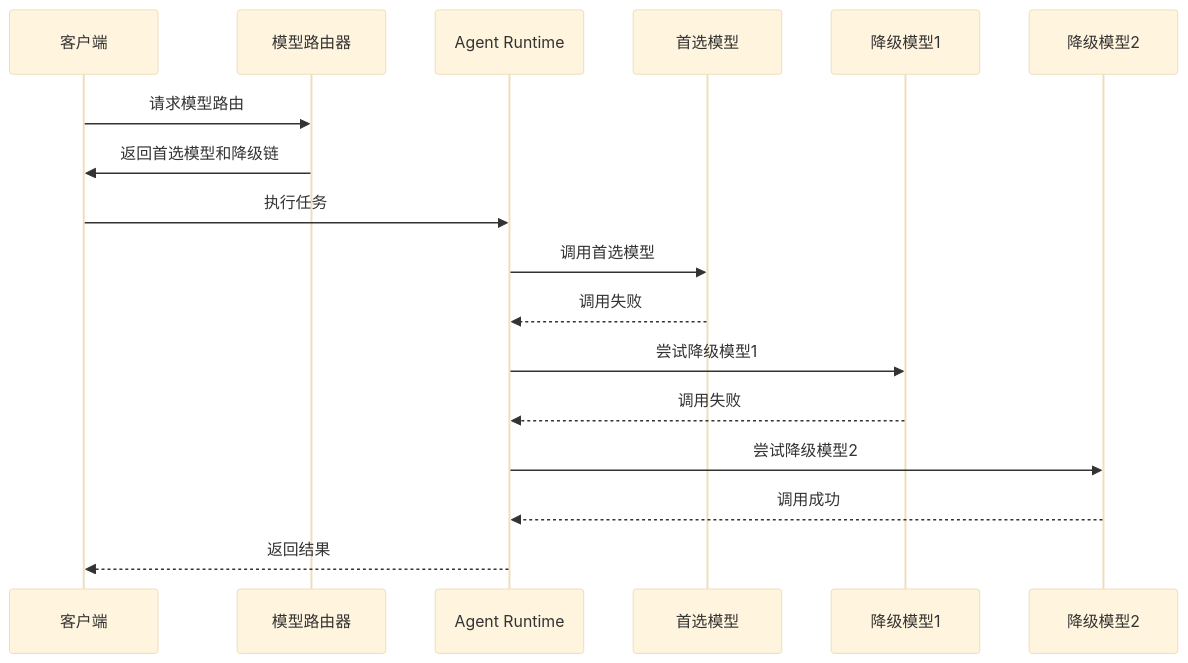
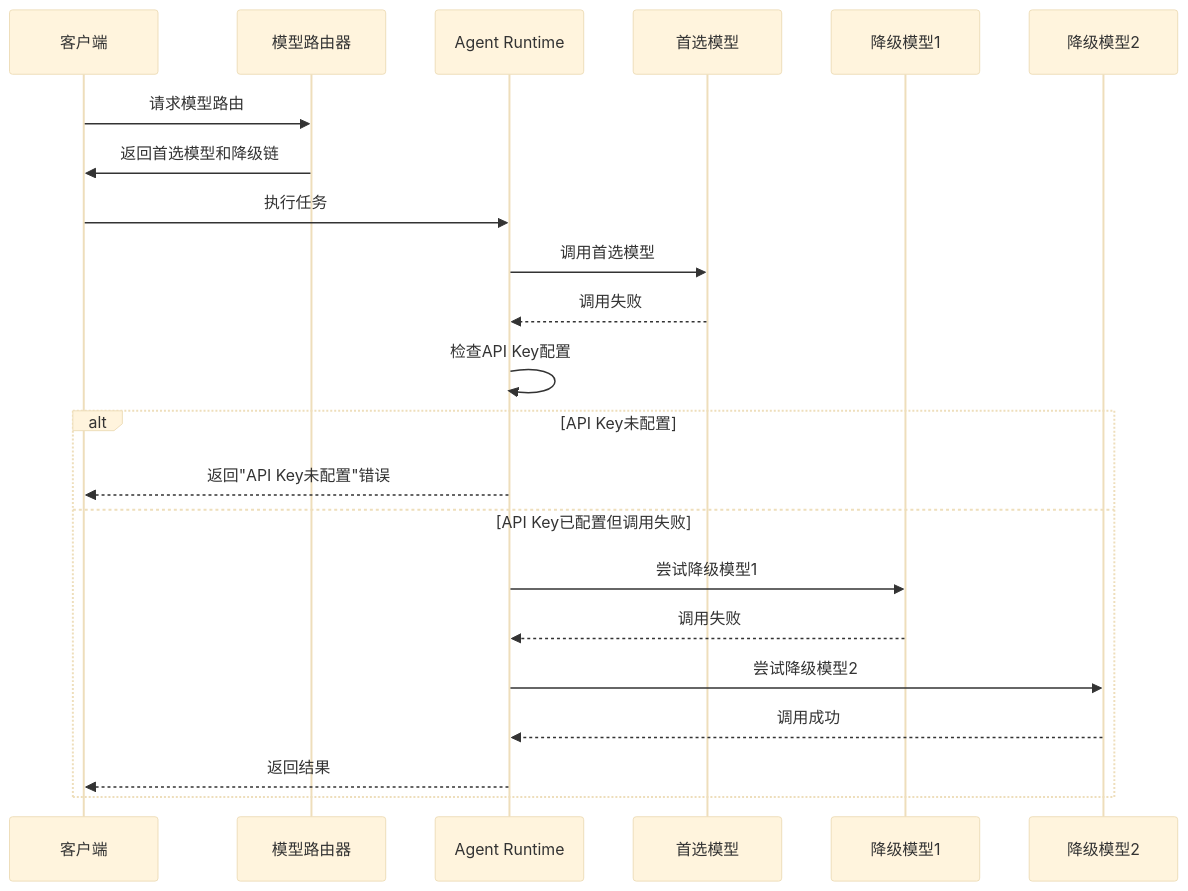
One commit to targalian/Personal-distributed-workstation changed diagram 11 of 17 in .qoder/repowiki/zh/content/架构设计/Worker 代理/Agent 能力声明系统/Agent 运行时管理.md. Above: the diagram before and after it, drawn with Mermaid (base theme). The commit also changed other lines of this file and 145 other files, not shown here.

````diff
--- a/.qoder/repowiki/zh/content/架构设计/Worker 代理/Agent 能力声明系统/Agent 运行时管理.md
+++ b/.qoder/repowiki/zh/content/架构设计/Worker 代理/Agent 能力声明系统/Agent 运行时管理.md
@@ -642,19 +642,24 @@
 ```mermaid
 sequenceDiagram
 participant Client as 客户端
 participant Router as 模型路由器
 participant Runtime as Agent Runtime
 participant Model1 as 首选模型
 participant Model2 as 降级模型1
 participant Model3 as 降级模型2
 Client->>Router : 请求模型路由
 Router->>Client : 返回首选模型和降级链
 Client->>Runtime : 执行任务
 Runtime->>Model1 : 调用首选模型
 Model1-->>Runtime : 调用失败
+Runtime->>Runtime : 检查API Key配置
+alt API Key未配置
+Runtime-->>Client : 返回"API Key未配置"错误
+else API Key已配置但调用失败
 Runtime->>Model2 : 尝试降级模型1
 Model2-->>Runtime : 调用失败
 Runtime->>Model3 : 尝试降级模型2
 Model3-->>Runtime : 调用成功
 Runtime-->>Client : 返回结果
+end
 ```
````
